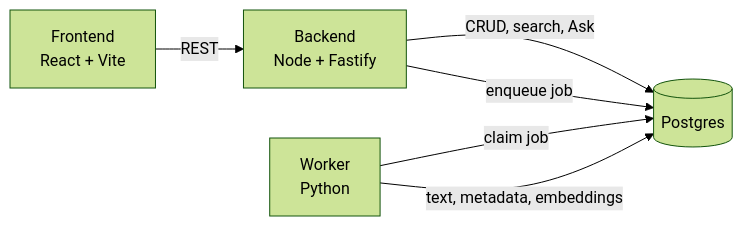
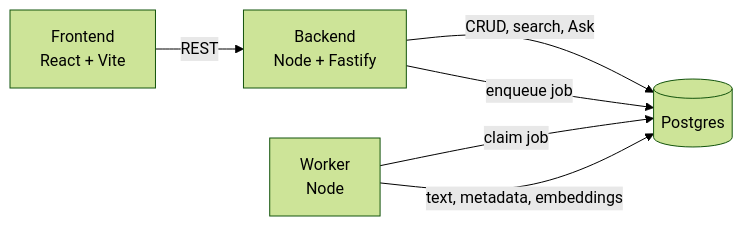
The diagram in README.md (kristifidani/personal-document-manager), drawn with Mermaid (forest theme) before and after one commit. The commit also changed other lines of this file and 18 other files, not shown here.

````diff
--- a/README.md
+++ b/README.md
@@ -29,8 +30,8 @@
 ```mermaid
 flowchart LR
     UI["Frontend<br/>React + Vite"] -->|REST| API["Backend<br/>Node + Fastify"]
     API -->|"CRUD, search, Ask"| DB[("Postgres")]
     API -->|"enqueue job"| DB
-    W["Worker<br/>Python"] -->|"claim job"| DB
+    W["Worker<br/>Node"] -->|"claim job"| DB
     W -->|"text, metadata, embeddings"| DB
 ```
````
